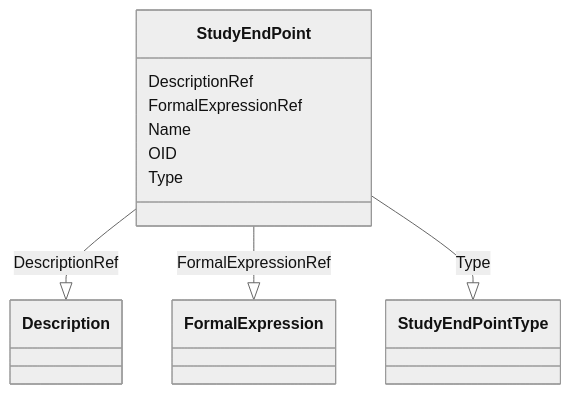
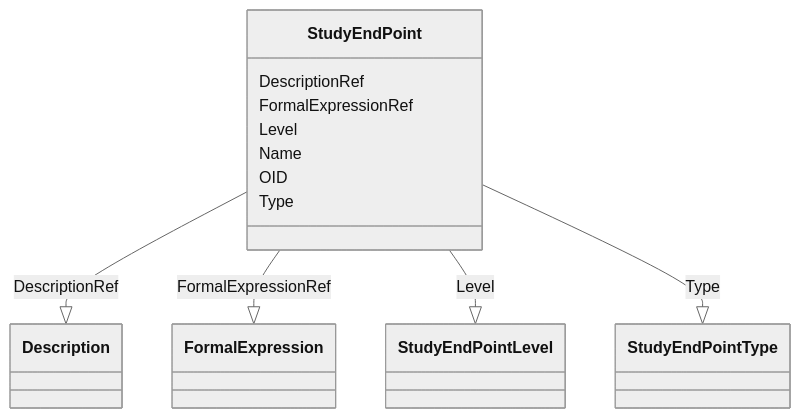
The diagram in docs/StudyEndPoint.md (cdisc-org/DataExchange-ODM-LinkML), drawn with Mermaid (neutral theme) before and after one commit. The commit also changed other lines of this file and 398 other files, not shown here.

Commit message:
refreshing for latest updates to schema

````diff
--- a/docs/StudyEndPoint.md
+++ b/docs/StudyEndPoint.md
@@ -9,21 +9,25 @@
 ```mermaid
  classDiagram
     class StudyEndPoint
       StudyEndPoint : DescriptionRef
         
           StudyEndPoint --|> Description : DescriptionRef
         
       StudyEndPoint : FormalExpressionRef
         
           StudyEndPoint --|> FormalExpression : FormalExpressionRef
         
+      StudyEndPoint : Level
+        
+          StudyEndPoint --|> StudyEndPointLevel : Level
+        
       StudyEndPoint : Name
         
       StudyEndPoint : OID
         
       StudyEndPoint : Type
         
           StudyEndPoint --|> StudyEndPointType : Type
         
       
 ```
````
